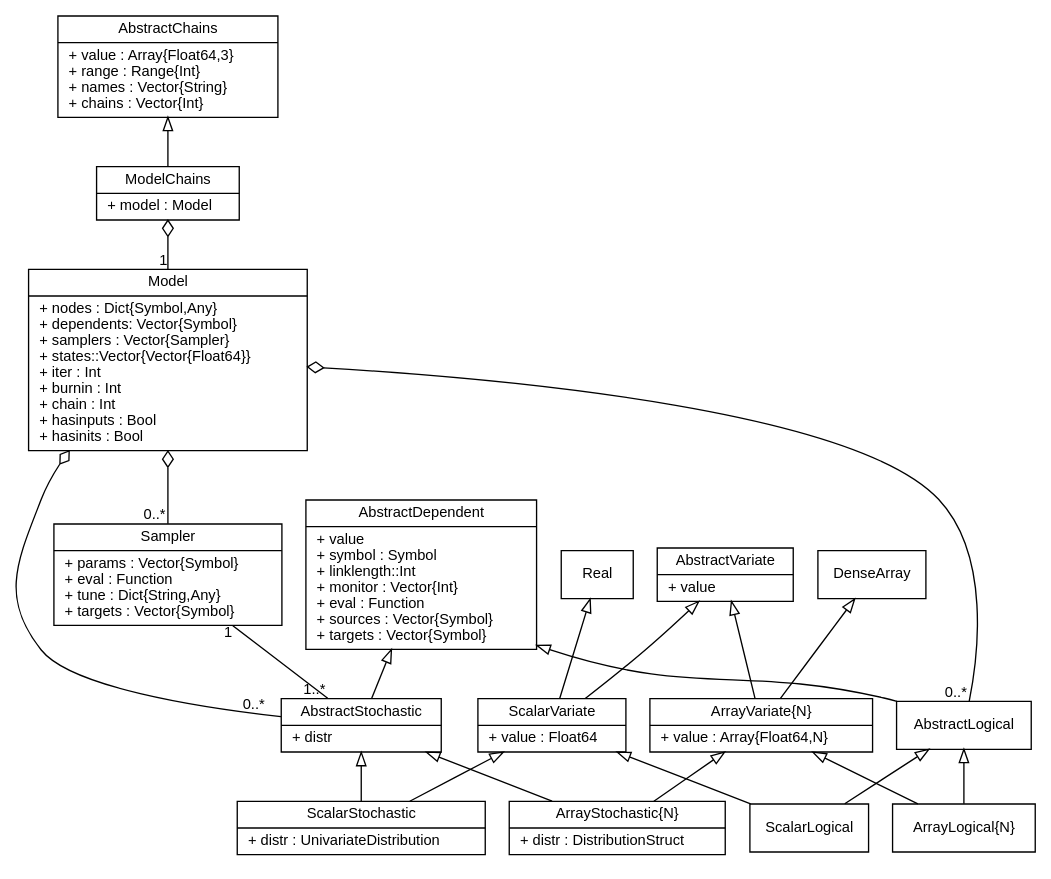
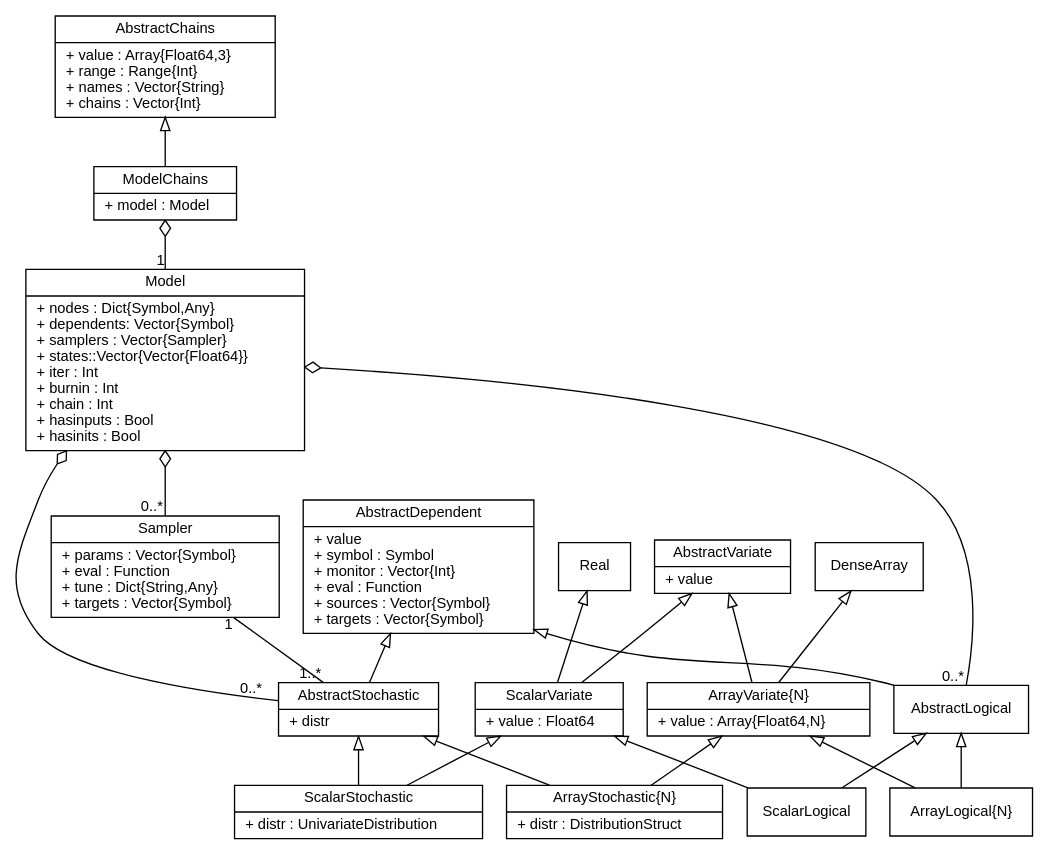
The diagram in doc/images/mcmcUML.dot (brian-j-smith/Mamba.jl), drawn with Graphviz before and after one commit. The commit also changed 4 other files, not shown here.

Commit message:
Remove linklength field from AbstractDependent types.

```diff
--- a/doc/images/mcmcUML.dot
+++ b/doc/images/mcmcUML.dot
@@ -1,66 +1,66 @@
 graph MCMC {
     fontname = "Helvetica"
     fontsize = 11
     splines = true
     overlap = false
 
     node [fontname = "Helvetica", fontsize = 11, shape = record]
 
     edge [fontname = "Helvetica", fontsize = 11, dir = both, arrowtail = none, arrowhead = none]
 
     Real [label = "{Real}", pos="315,610"]
 
     DenseArray [label = "{DenseArray}", pos="324,570"]
 
-    AbstractDependent [label = "{AbstractDependent|+ value\l+ symbol : Symbol\l+ linklength::Int\l+ monitor : Vector\{Int\}\l+ eval : Function\l+ sources : Vector\{Symbol\}\l+ targets : Vector\{Symbol\}\l}", pos="275,425"]
+    AbstractDependent [label = "{AbstractDependent|+ value\l+ symbol : Symbol\l+ monitor : Vector\{Int\}\l+ eval : Function\l+ sources : Vector\{Symbol\}\l+ targets : Vector\{Symbol\}\l}", pos="275,425"]
 
     AbstractLogical [label = "{AbstractLogical}", pos="75,425"]
 
     AbstractStochastic [label = "{AbstractStochastic|+ distr\l}", pos="495,425"]
 
     AbstractVariate [label = "{AbstractVariate|+ value\l}", pos="230,590"]
 
     ArrayLogical [label = "{ArrayLogical\{N\}}", pos="125,515"]
 
     ArrayStochastic [label = "{ArrayStochastic\{N\}|+ distr : DistributionStruct\l}", pos="425,515"]
 
     ArrayVariate [label = "{ArrayVariate\{N\}|+ value : Array\{Float64,N\}\l}", pos="275,515"]
 
     ScalarLogical [label = "{ScalarLogical}", pos="25,515"]
 
     ScalarStochastic [label = "{ScalarStochastic|+ distr : UnivariateDistribution\l}", pos="575,515"]
 
     ScalarVariate [label = "{ScalarVariate|+ value : Float64\l}", pos="275,665"]
 
     Model [label = "{Model|+ nodes : Dict\{Symbol,Any\}\l+ dependents: Vector\{Symbol\}\l+ samplers : Vector\{Sampler\}\l+ states::Vector\{Vector\{Float64\}\}\l+ iter : Int\l+ burnin : Int\l+ chain : Int\l+ hasinputs : Bool\l+ hasinits : Bool\l}", pos="275,290"]
 
     Sampler [label = "{Sampler|+ params : Vector\{Symbol\}\l+ eval : Function\l+ tune : Dict\{String,Any\}\l+ targets : Vector\{Symbol\}\l}", pos="495,290"]
 
     AbstractChains  [label = "{AbstractChains|+ value : Array\{Float64,3\}\l+ range : Range\{Int\}\l+ names : Vector\{String\}\l+ chains : Vector\{Int\}\l}", pos="75,330"]
 
     ModelChains [label = "{ModelChains|+ model : Model\l}", pos="75,250"]
 
     Real -- ScalarVariate [arrowtail = empty]
     DenseArray -- ArrayVariate [arrowtail = empty]
 
     AbstractChains -- ModelChains [arrowtail = empty]
     AbstractDependent -- AbstractLogical [arrowtail = empty]
     AbstractDependent -- AbstractStochastic [arrowtail = empty]
     AbstractLogical -- ArrayLogical [arrowtail = empty]
     AbstractLogical -- ScalarLogical [arrowtail = empty]
     AbstractStochastic -- ArrayStochastic [arrowtail = empty]
     AbstractStochastic -- ScalarStochastic [arrowtail = empty]
     AbstractVariate -- ArrayVariate [arrowtail = empty]
     AbstractVariate -- ScalarVariate [arrowtail = empty]
     ArrayVariate -- ArrayLogical [arrowtail = empty]
     ArrayVariate -- ArrayStochastic [arrowtail = empty]
     ScalarVariate -- ScalarLogical [arrowtail = empty]
     ScalarVariate -- ScalarStochastic [arrowtail = empty]
 
     Sampler -- AbstractStochastic [taillabel = "1", headlabel = "1..*"]
     Model -- Sampler [arrowtail = odiamond, headlabel = "0..*"]
     Model -- AbstractLogical [arrowtail = odiamond, headlabel = "0..*"]
     Model -- AbstractStochastic [arrowtail = odiamond, headlabel = "0..*", labeldistance = 2.2, labelangle = -15]
     ModelChains -- Model [arrowtail = odiamond, headlabel = "1"]
 
 }
```
